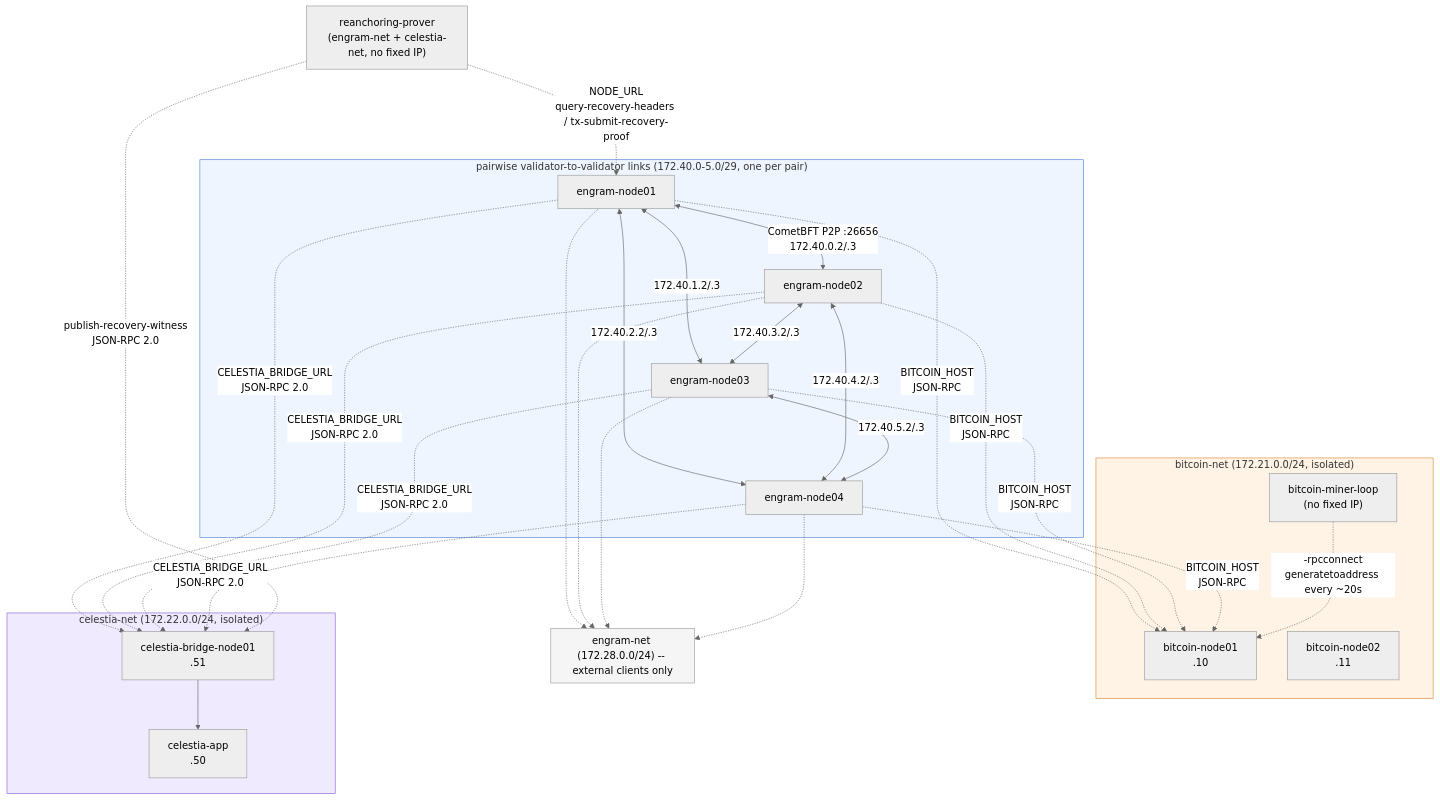
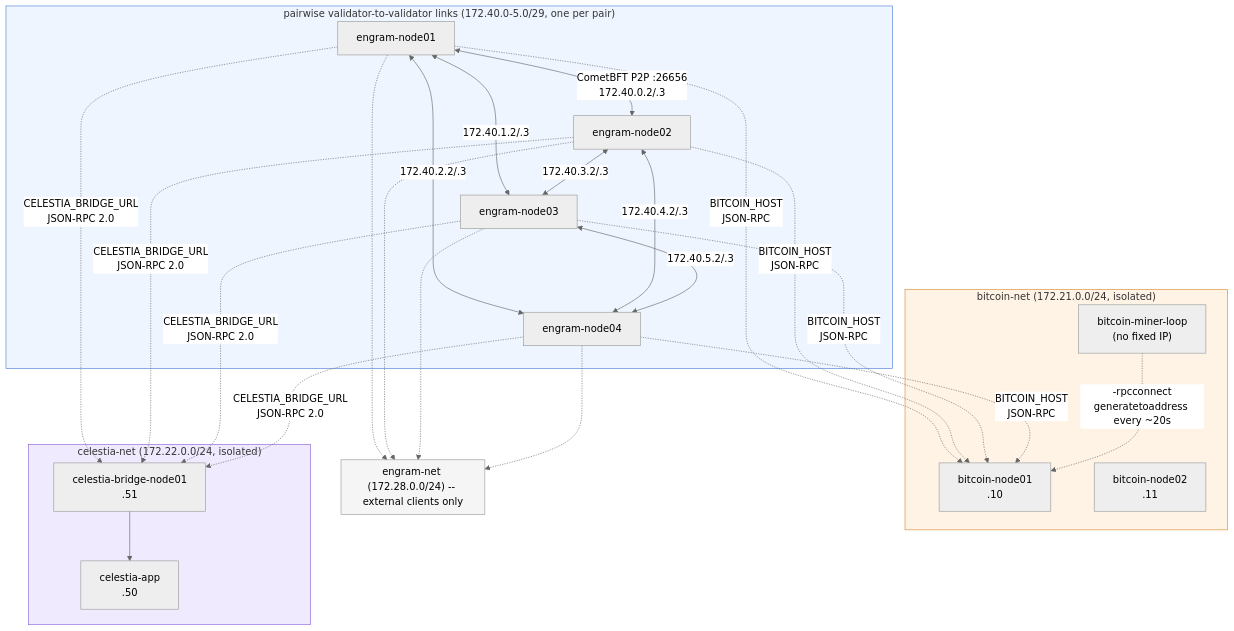
Before and after one commit to cuongct924/engram-sovereign-fsm: the diagram in docs/ARCHITECTURE.md, drawn with Mermaid (neutral theme). The commit also changed other lines of this file and 7 other files, not shown here.

First line of the commit message:
chore: remove dead docker/reanchoring-prover.yml, fix docs that described it as real

````diff
--- a/docs/ARCHITECTURE.md
+++ b/docs/ARCHITECTURE.md
@@ -9,39 +9,36 @@
 ```mermaid
 flowchart TB
     subgraph plinks["pairwise validator-to-validator links (172.40.0-5.0/29, one per pair)"]
         N1["engram-node01"]
         N2["engram-node02"]
         N3["engram-node03"]
         N4["engram-node04"]
         N1 <-->|"CometBFT P2P :26656<br/>172.40.0.2/.3"| N2
         N1 <-->|172.40.1.2/.3| N3
         N1 <-->|172.40.2.2/.3| N4
         N2 <-->|172.40.3.2/.3| N3
         N2 <-->|172.40.4.2/.3| N4
         N3 <-->|172.40.5.2/.3| N4
     end
     subgraph engramnet["engram-net (172.28.0.0/24) -- external clients only"]
     end
     subgraph bitcoinnet["bitcoin-net (172.21.0.0/24, isolated)"]
         BTC1["bitcoin-node01<br/>.10"]
         BTC2["bitcoin-node02<br/>.11"]
         Miner["bitcoin-miner-loop<br/>(no fixed IP)"]
     end
     subgraph celestianet["celestia-net (172.22.0.0/24, isolated)"]
         CApp["celestia-app<br/>.50"]
         CBridge["celestia-bridge-node01<br/>.51"]
     end
-    Prover["reanchoring-prover<br/>(engram-net + celestia-net, no fixed IP)"]
     N1 & N2 & N3 & N4 -.->|BITCOIN_HOST<br/>JSON-RPC| BTC1
     N1 & N2 & N3 & N4 -.->|CELESTIA_BRIDGE_URL<br/>JSON-RPC 2.0| CBridge
     N1 & N2 & N3 & N4 -.-> engramnet
     CBridge --> CApp
     Miner -.->|"-rpcconnect<br/>generatetoaddress every ~20s"| BTC1
-    Prover -.->|"NODE_URL<br/>query-recovery-headers / tx-submit-recovery-proof"| N1
-    Prover -.->|"publish-recovery-witness<br/>JSON-RPC 2.0"| CBridge
 
     style plinks fill:#eef5ff,stroke:#4a7fd6
     style engramnet fill:#f5f5f5,stroke:#999
     style bitcoinnet fill:#fff3e6,stroke:#d68a30
     style celestianet fill:#f0eaff,stroke:#8a5fd6
 ```
````
